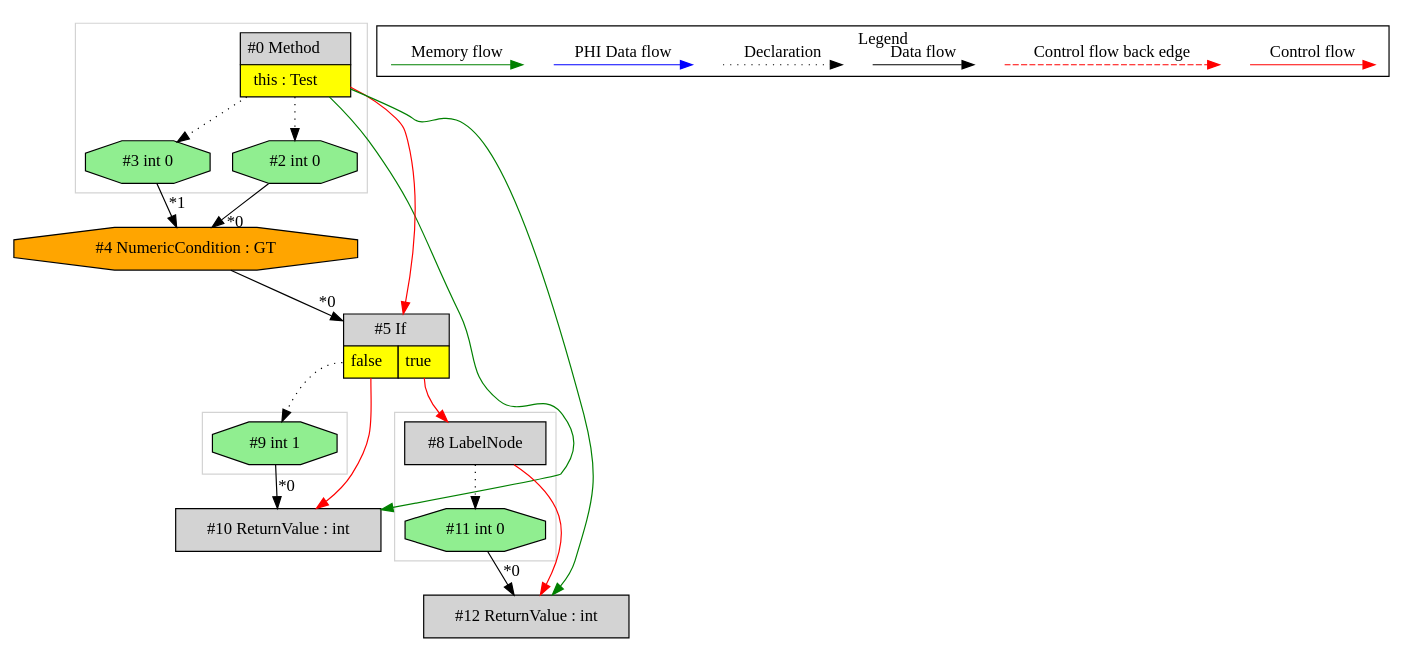
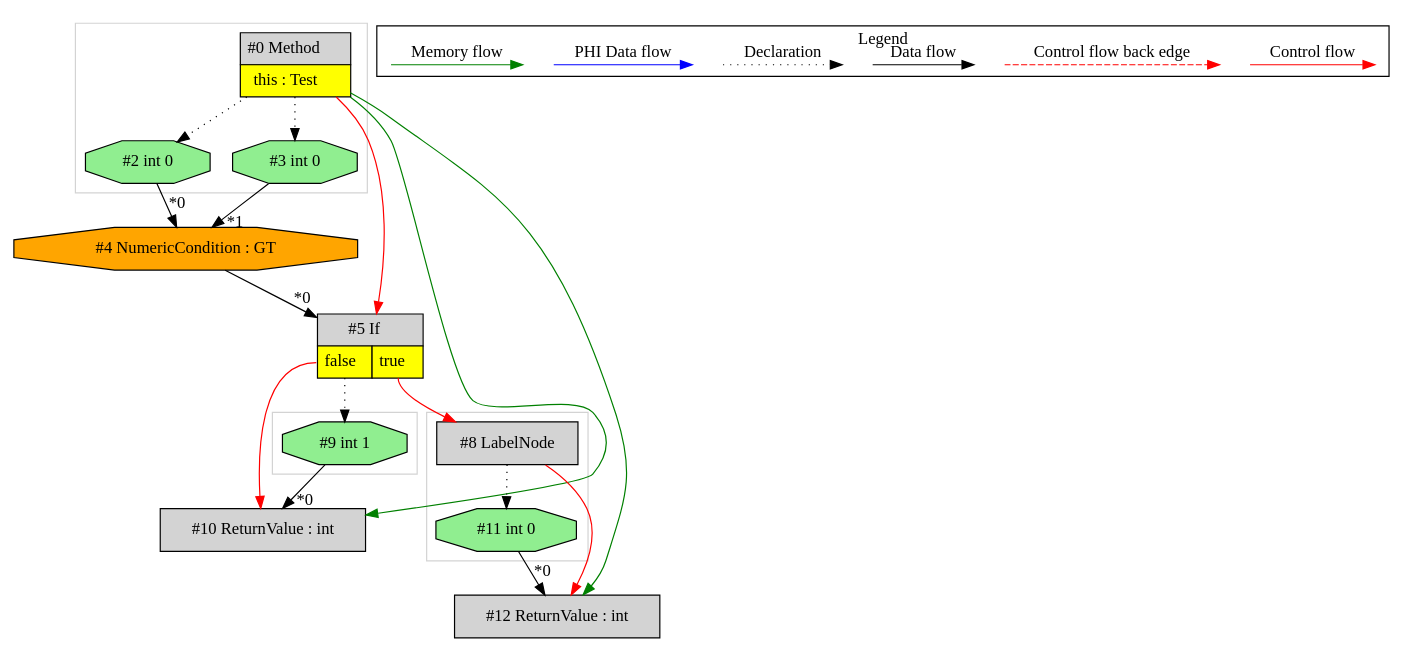
The diagram in de.mirkosertic.metair.ir.OpcodeIFGTTest/test_IFGT/ir.dot (mirkosertic/MetaIR), drawn with Graphviz before and after one commit. The commit also changed other lines of this file and 1256 other files, not shown here.

```diff
--- a/de.mirkosertic.metair.ir.OpcodeIFGTTest/test_IFGT/ir.dot
+++ b/de.mirkosertic.metair.ir.OpcodeIFGTTest/test_IFGT/ir.dot
@@ -1,69 +1,69 @@
 digraph {
  ordering="in";
  node0[margin="0", label=<<table border="0" cellborder="1" cellspacing="0" cellpadding="5"><tr><td colspan="1">#0 Method</td></tr><tr><td port="prj1" bgcolor="yellow">this : Test</td></tr></table>>,shape=none, fillcolor=lightgrey, style=filled];
+ node3[label="#3 int 0",shape=octagon, fillcolor=lightgreen, style=filled];
+ node0 -> node3[style=dotted];
+ node4[label="#4 NumericCondition : GT",shape=octagon, fillcolor=orange, style=filled];
+ node2 -> node4[headlabel="*0", labeldistance=2];
+ node3 -> node4[headlabel="*1", labeldistance=2];
+ node2[label="#2 int 0",shape=octagon, fillcolor=lightgreen, style=filled];
+ node0 -> node2[style=dotted];
+ node5[margin="0", label=<<table border="0" cellborder="1" cellspacing="0" cellpadding="5"><tr><td colspan="2">#5 If</td></tr><tr><td port="prj7" bgcolor="yellow">false</td><td port="prj6" bgcolor="yellow">true</td></tr></table>>,shape=none, fillcolor=lightgrey, style=filled];
+ node4 -> node5[headlabel="*0", labeldistance=2];
+ node0 -> node5[labeldistance=2, color=red, fontcolor=red];
+ node9[label="#9 int 1",shape=octagon, fillcolor=lightgreen, style=filled];
+ node5:prj7 -> node9[style=dotted];
  node10[label="#10 ReturnValue : int",shape=box, fillcolor=lightgrey, style=filled];
  node9 -> node10[headlabel="*0", labeldistance=2];
  node5:prj7 -> node10[labeldistance=2, color=red, fontcolor=red];
  node0 -> node10[labeldistance=2, color=green, constraint=false];
- node5[margin="0", label=<<table border="0" cellborder="1" cellspacing="0" cellpadding="5"><tr><td colspan="2">#5 If</td></tr><tr><td port="prj7" bgcolor="yellow">false</td><td port="prj6" bgcolor="yellow">true</td></tr></table>>,shape=none, fillcolor=lightgrey, style=filled];
- node4 -> node5[headlabel="*0", labeldistance=2];
- node0 -> node5[labeldistance=2, color=red, fontcolor=red];
- node4[label="#4 NumericCondition : GT",shape=octagon, fillcolor=orange, style=filled];
- node2 -> node4[headlabel="*0", labeldistance=2];
- node3 -> node4[headlabel="*1", labeldistance=2];
- node3[label="#3 int 0",shape=octagon, fillcolor=lightgreen, style=filled];
- node0 -> node3[style=dotted];
- node2[label="#2 int 0",shape=octagon, fillcolor=lightgreen, style=filled];
- node0 -> node2[style=dotted];
  node8[label="#8 LabelNode",shape=box, fillcolor=lightgrey, style=filled];
  node5:prj6 -> node8[labeldistance=2, color=red, fontcolor=red];
+ node11[label="#11 int 0",shape=octagon, fillcolor=lightgreen, style=filled];
+ node8 -> node11[style=dotted];
  node12[label="#12 ReturnValue : int",shape=box, fillcolor=lightgrey, style=filled];
  node11 -> node12[headlabel="*0", labeldistance=2];
  node8 -> node12[labeldistance=2, color=red, fontcolor=red];
  node0 -> node12[labeldistance=2, color=green, constraint=false];
- node11[label="#11 int 0",shape=octagon, fillcolor=lightgreen, style=filled];
- node8 -> node11[style=dotted];
- node9[label="#9 int 1",shape=octagon, fillcolor=lightgreen, style=filled];
- node5:prj7 -> node9[style=dotted];
  subgraph cluster_0 {
+  color=lightgray;
+  node9;
+ }
+ subgraph cluster_1 {
   color=lightgray;
   node8;
   node11;
- }
- subgraph cluster_1 {
-  color=lightgray;
-  node9;
  }
  subgraph cluster_2 {
   color=lightgray;
   node0;
   node2;
   node3;
  }
  subgraph cluster_000 {
   label = "Legend";
   node [shape=point]
   {
    rank=same;
    c0 [style = invis];
    c1 [style = invis];
    c2 [style = invis];
    c3 [style = invis];
    d0 [style = invis];
    d1 [style = invis];
    d2 [style = invis];
    d3 [style = invis];
    d4 [style = invis];
    d5 [style = invis];
    d6 [style = invis];
    d7 [style = invis];
   }
   c0 -> c1 [label="Control flow", style=solid, color=red]
   c2 -> c3 [label="Control flow back edge", style=dashed, color=red]
   d0 -> d1 [label="Data flow"]
   d2 -> d3 [label="Declaration", style=dotted]
   d4 -> d5 [label="PHI Data flow", color=blue]
   d6 -> d7 [label="Memory flow", color=green]
  }
 
 }
```
